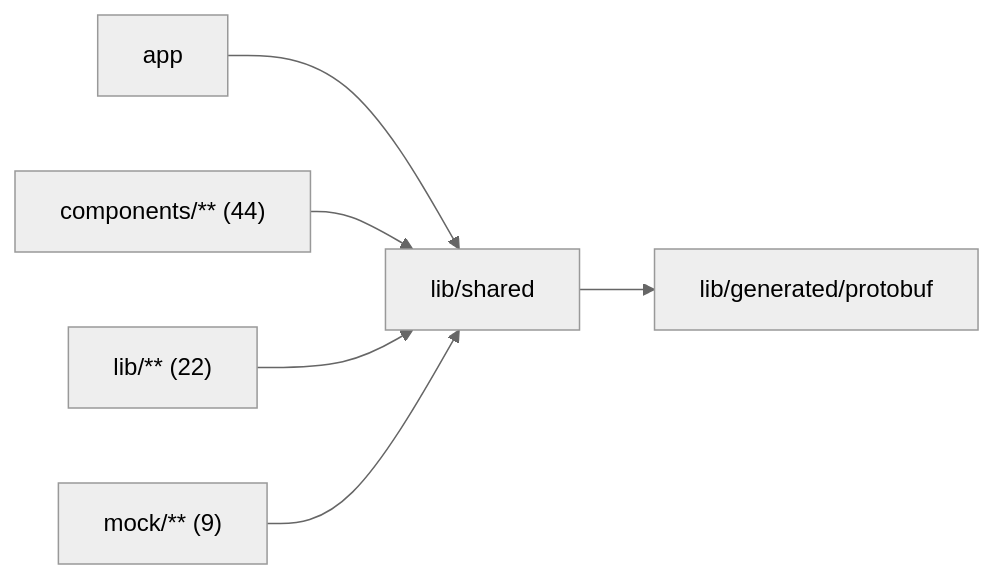
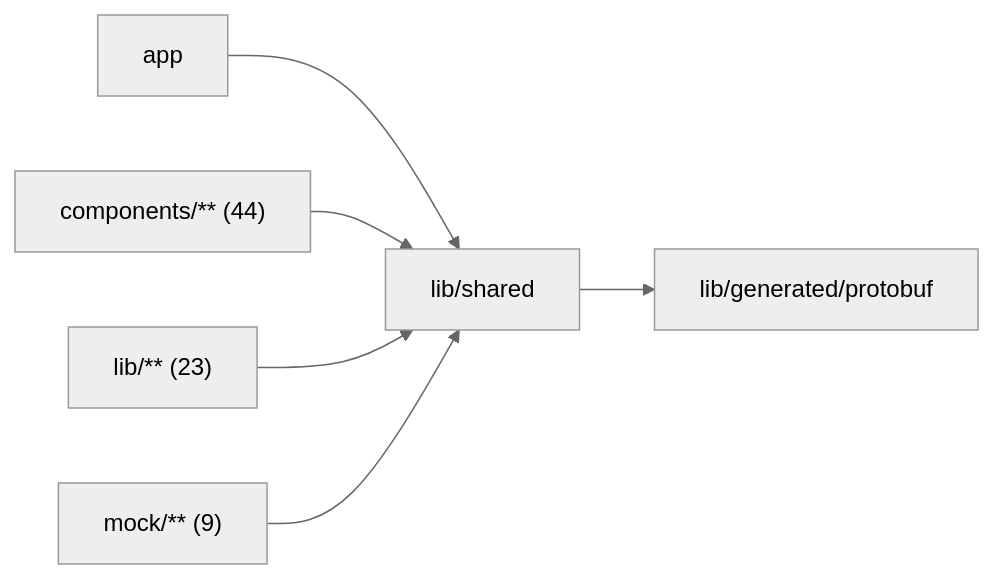
Before and after one commit to superdurable/superverse: the diagram in web/studio/lib/shared/README.md, drawn with Mermaid (neutral theme). The commit also changed other lines of this file and 96 other files, not shown here.

````diff
--- a/web/studio/lib/shared/README.md
+++ b/web/studio/lib/shared/README.md
@@ -10,9 +10,9 @@
 ```mermaid
 flowchart LR
   self["lib/shared"]
   c0["app"] --> self
   c1["components/** (44)"] --> self
-  c2["lib/** (22)"] --> self
+  c2["lib/** (23)"] --> self
   c3["mock/** (9)"] --> self
   self --> d0["lib/generated/protobuf"]
 ```
````
